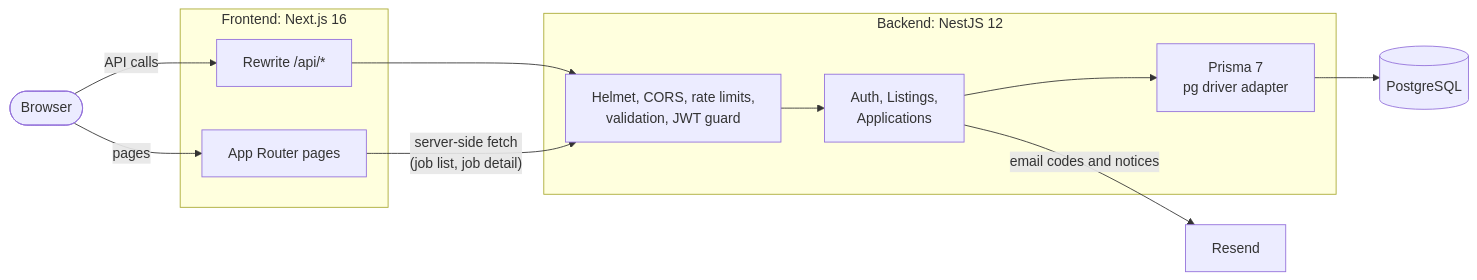
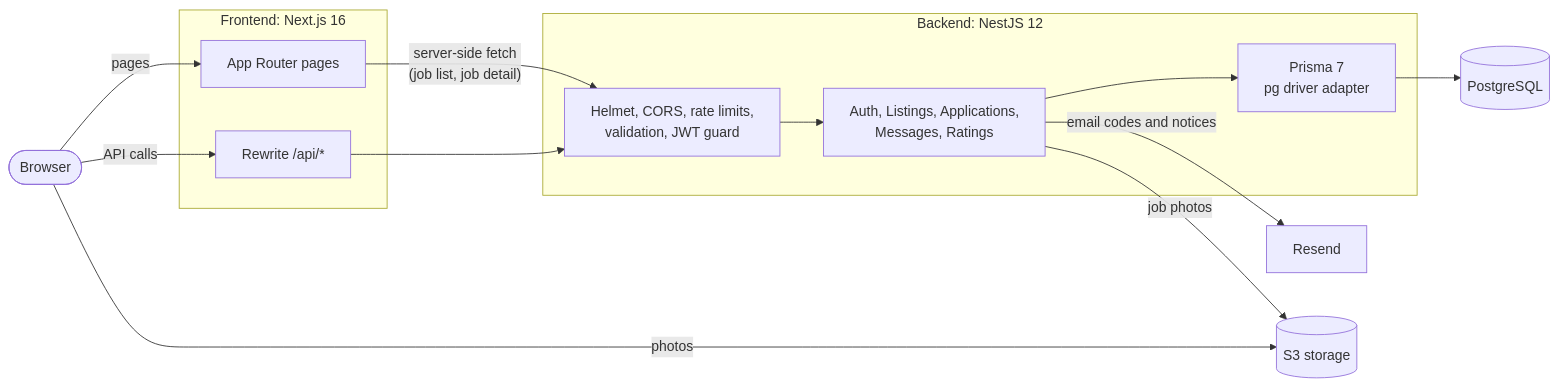
The first of 3 diagrams in README.md (Muhamed2805/SaStrane), drawn with Mermaid before and after one commit. The commit also changed other lines of this file and 52 other files, not shown here.

````diff
--- a/README.md
+++ b/README.md
@@ -123,25 +126,28 @@
 ```mermaid
 flowchart LR
   browser(["Browser"])
 
   subgraph web["Frontend: Next.js 16"]
     pages["App Router pages"]
     proxy["Rewrite /api/*"]
   end
 
   subgraph api["Backend: NestJS 12"]
     edge["Helmet, CORS, rate limits,<br/>validation, JWT guard"]
-    modules["Auth, Listings,<br/>Applications"]
+    modules["Auth, Listings, Applications,<br/>Messages, Ratings"]
     orm["Prisma 7<br/>pg driver adapter"]
   end
 
   db[("PostgreSQL")]
+  storage[("S3 storage")]
   resend["Resend"]
 
   browser -- "pages" --> pages
   browser -- "API calls" --> proxy
   proxy --> edge
   pages -- "server-side fetch<br/>(job list, job detail)" --> edge
   edge --> modules --> orm --> db
   modules -- "email codes and notices" --> resend
+  modules -- "job photos" --> storage
+  browser -- "photos" --> storage
 ```
````
